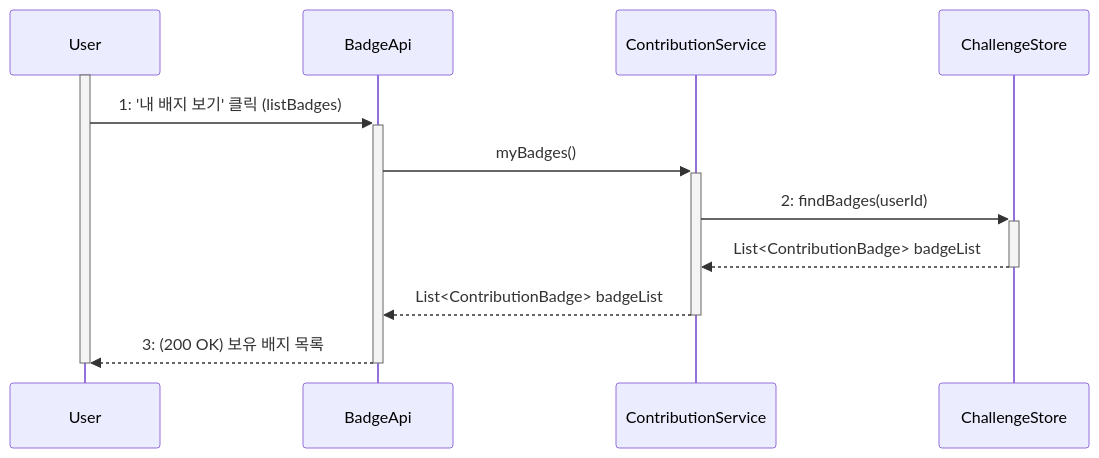
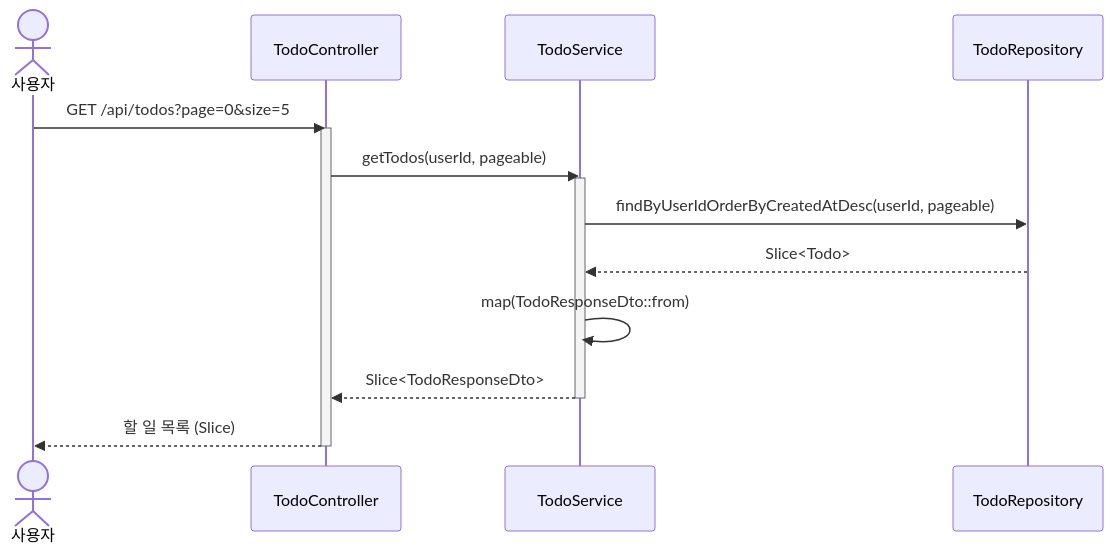
One commit to OHWCH/se_dev changed diagram 40 of 43 in SDS_[깃라잡이].md. Above: the diagram before and after it, drawn with Mermaid. The commit also changed other lines of this file, not shown here.

First line of the commit message:
이슈,기여도,도전과제,투두리스트 시퀀스다이어그램

````diff
--- a/SDS_[깃라잡이].md
+++ b/SDS_[깃라잡이].md
@@ -6057,21 +6015,24 @@
 ```mermaid
 sequenceDiagram
-    participant User
-    participant BadgeApi
-    participant ContributionService
-    participant ChallengeStore
+    actor User as 사용자
+    participant Controller as TodoController
+    participant Service as TodoService
+    participant Repo as TodoRepository
 
-    activate User
-    User->>+BadgeApi: 1: '내 배지 보기' 클릭 (listBadges)
+    User->>Controller: GET /api/todos?page=0&size=5
+    activate Controller
     
-    BadgeApi->>+ContributionService: myBadges()
+    Controller->>Service: getTodos(userId, pageable)
+    activate Service
     
-    ContributionService->>+ChallengeStore: 2: findBadges(userId)
-    ChallengeStore-->>-ContributionService: List<ContributionBadge> badgeList
+    Service->>Repo: findByUserIdOrderByCreatedAtDesc(userId, pageable)
+    Repo-->>Service: Slice<Todo>
     
-    ContributionService-->>-BadgeApi: List<ContributionBadge> badgeList
+    Service->>Service: map(TodoResponseDto::from)
     
-    BadgeApi-->>User: 3: (200 OK) 보유 배지 목록
-    deactivate BadgeApi
-    deactivate User
+    Service-->>Controller: Slice<TodoResponseDto>
+    deactivate Service
+    
+    Controller-->>User: 할 일 목록 (Slice)
+    deactivate Controller
 ```
````
